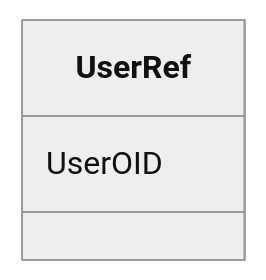
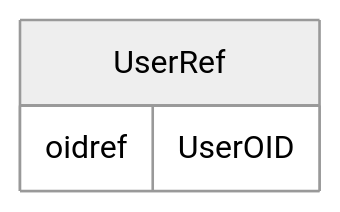
Before and after one commit to cdisc-org/DataExchange-ODM-LinkML: the diagram in docs/UserRef.md, drawn with Mermaid (neutral theme). The commit also changed other lines of this file and 181 other files, not shown here.

Commit message:
ER diagrams working via templates and removing names with underscores

````diff
--- a/docs/UserRef.md
+++ b/docs/UserRef.md
@@ -14,7 +11,9 @@
 ```mermaid
- classDiagram
-    class UserRef
-      UserRef : UserOID
-        
-      
+erDiagram
+UserRef {
+    oidref UserOID  
+}
+
+
+
 ```
````
